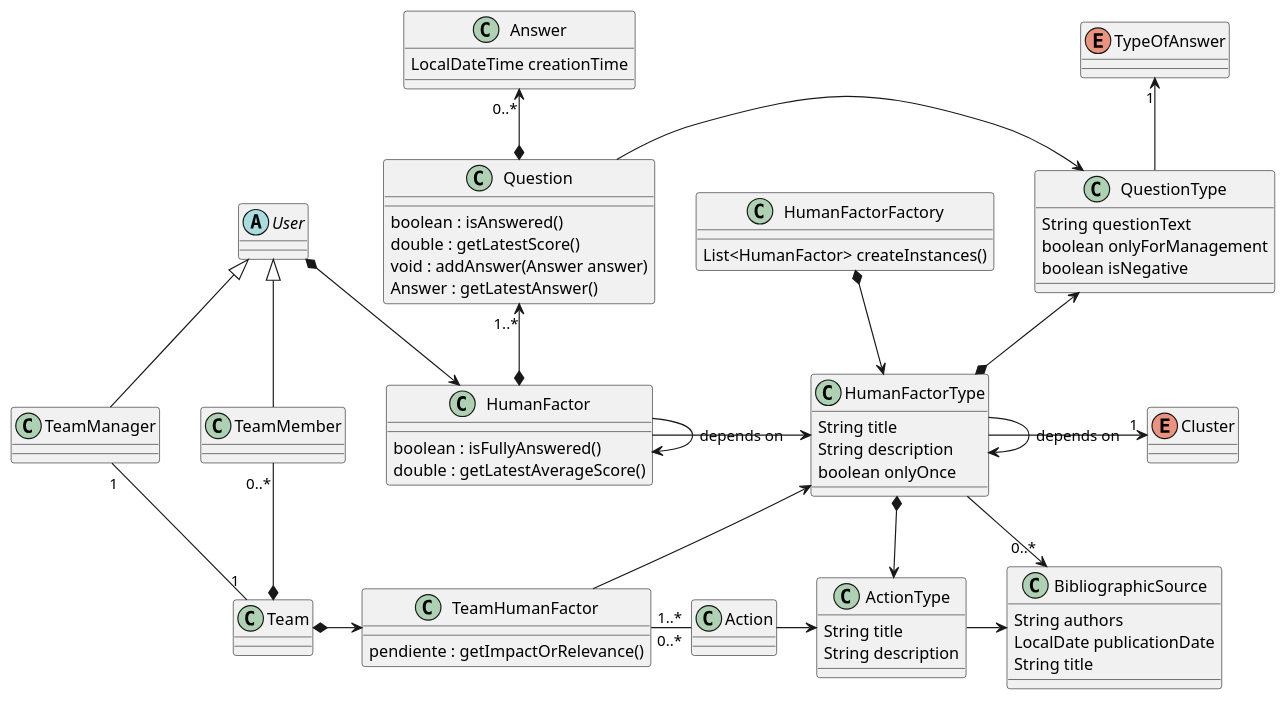
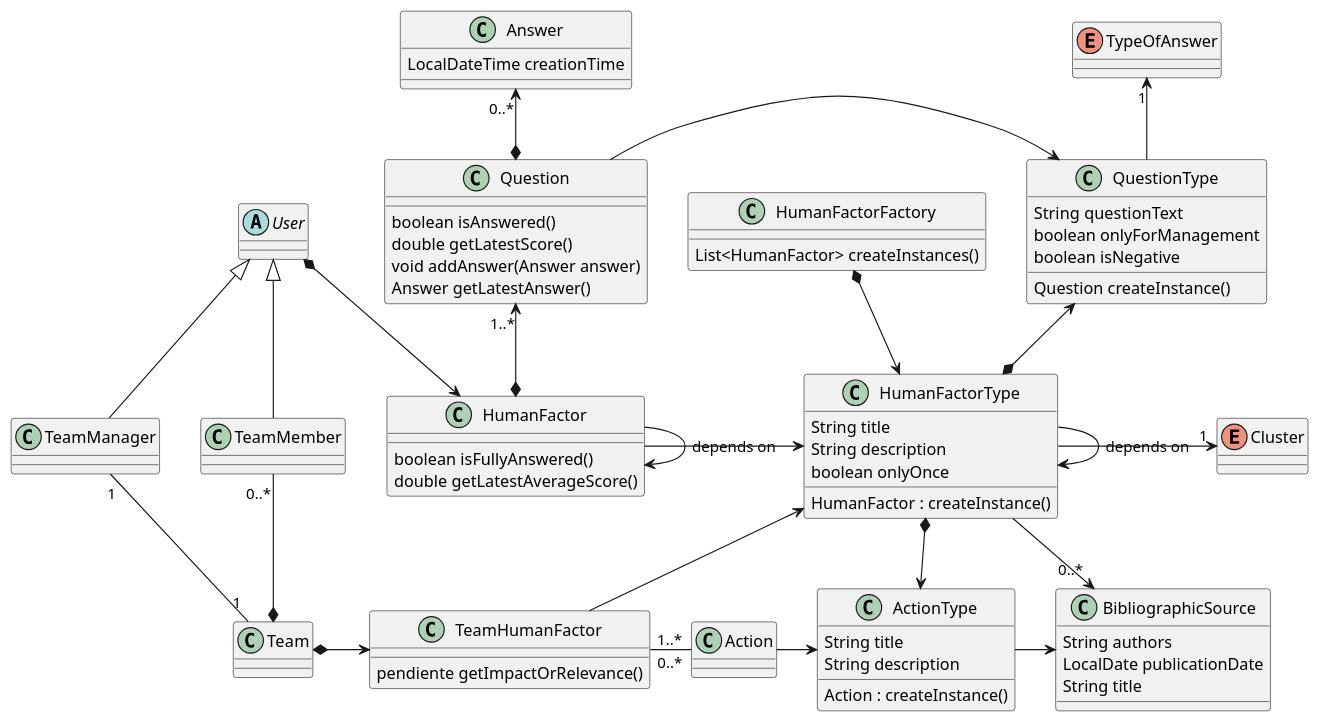
The diagram in classDiagram.wsd (suken27/human-factors-java), drawn with PlantUML before and after one commit. The commit also changed 15 other files, not shown here.

```diff
--- a/classDiagram.wsd
+++ b/classDiagram.wsd
@@ -1,74 +1,79 @@
 @startuml
 class HumanFactor {
-    boolean : isFullyAnswered()
-    double : getLatestAverageScore()
+    boolean isFullyAnswered()
+    double getLatestAverageScore()
 }
 class TeamHumanFactor {
-    pendiente : getImpactOrRelevance()
+    pendiente getImpactOrRelevance()
 }
 class HumanFactorType {
     String title
     String description
     boolean onlyOnce
+
+    HumanFactor : createInstance()
 }
 class HumanFactorFactory {
     List<HumanFactor> createInstances()
 }
 enum Cluster
 class Action {
     
 }
 class ActionType {
     String title
     String description
+    Action : createInstance()
 }
 class Question {
-    boolean : isAnswered()
-    double : getLatestScore()
-    void : addAnswer(Answer answer)
-    Answer : getLatestAnswer()
+    boolean isAnswered()
+    double getLatestScore()
+    void addAnswer(Answer answer)
+    Answer getLatestAnswer()
 }
 class QuestionType {
     String questionText
     boolean onlyForManagement
     boolean isNegative
+
+    Question createInstance()
 }
 enum TypeOfAnswer
 abstract class User
 class Answer {
     LocalDateTime creationTime
 }
 class TeamMember
 class TeamManager
 class BibliographicSource {
     String authors
     LocalDate publicationDate
     String title
 }
 class Team {
 
 }
 
 Answer "0..*" <--*  Question
 Question "1..*" <--* HumanFactor
 Question -> QuestionType
 TeamHumanFactor "1..*" - "0..*" Action
 HumanFactorType <-- TeamHumanFactor
 HumanFactor --> HumanFactor : depends on
 HumanFactor -> HumanFactorType
 HumanFactorType -> "1" Cluster
 User <|-- TeamMember
 User <|-- TeamManager
 TeamMember "0..*" --* Team
 TeamManager "1" -- "1" Team
 Team *-> TeamHumanFactor
 ActionType -> BibliographicSource
 Action -> ActionType
 HumanFactorType --> "0..*" BibliographicSource
 HumanFactorType -> HumanFactorType : depends on
 QuestionType <--* HumanFactorType
 HumanFactorType *--> ActionType
 TypeOfAnswer "1" <-- QuestionType
 User *-> HumanFactor
 HumanFactorFactory *--> HumanFactorType
 @enduml
```
